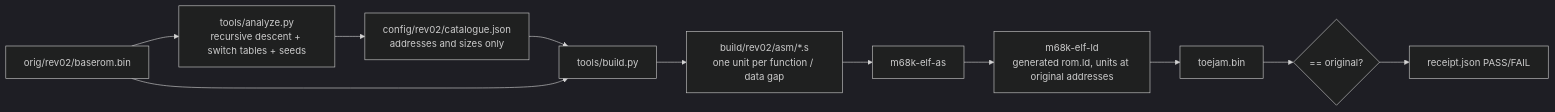
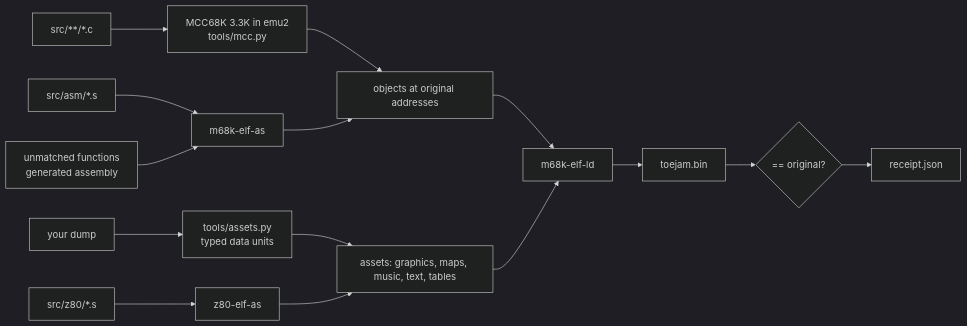
One commit to mschienbein/toejam-earl-decomp changed the diagram in README.md. Above: the diagram before and after it, drawn with Mermaid (dark theme). The commit also changed other lines of this file, not shown here.

Commit message:
README: current state (577/603 matched C, assembly and Z80 sources, typed data), MCC68K pipeline, layout

````diff
--- a/README.md
+++ b/README.md
@@ -38,11 +41,11 @@
 ```mermaid
 flowchart LR
-  rom[orig/rev02/baserom.bin] --> analyze[tools/analyze.py<br/>recursive descent + switch tables + seeds]
-  analyze --> cat[config/rev02/catalogue.json<br/>addresses and sizes only]
-  cat --> build[tools/build.py]
-  rom --> build
-  build --> asm[build/rev02/asm/*.s<br/>one unit per function / data gap]
-  asm --> as[m68k-elf-as] --> ld[m68k-elf-ld<br/>generated rom.ld, units at original addresses] --> bin[toejam.bin]
-  bin --> cmp{== original?}
-  cmp --> receipt[receipt.json PASS/FAIL]
+  rom[your dump] --> extract[tools/assets.py<br/>typed data units] --> data[assets: graphics, maps, music, text, tables]
+  c[src/**/*.c] --> mcc[MCC68K 3.3K in emu2<br/>tools/mcc.py] --> objs
+  s[src/asm/*.s] --> as[m68k-elf-as] --> objs
+  z80[src/z80/*.s] --> z80as[z80-elf-as] --> data
+  rest[unmatched functions<br/>generated assembly] --> as
+  objs[objects at original addresses] --> ld[m68k-elf-ld] --> bin[toejam.bin]
+  data --> ld
+  bin --> cmp{== original?} --> receipt[receipt.json]
 ```
````
